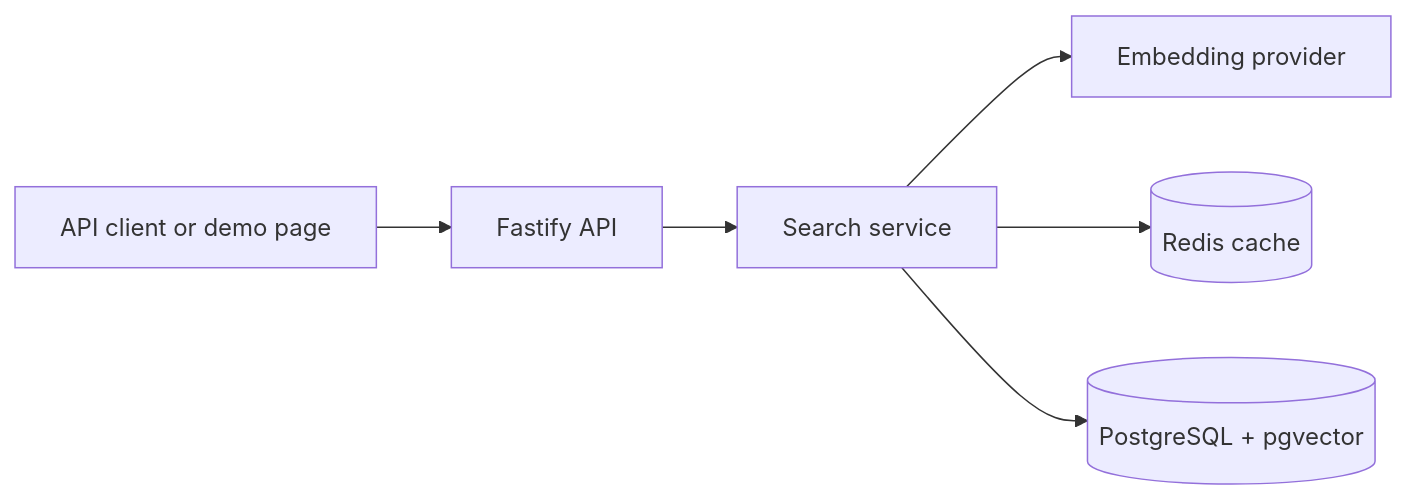
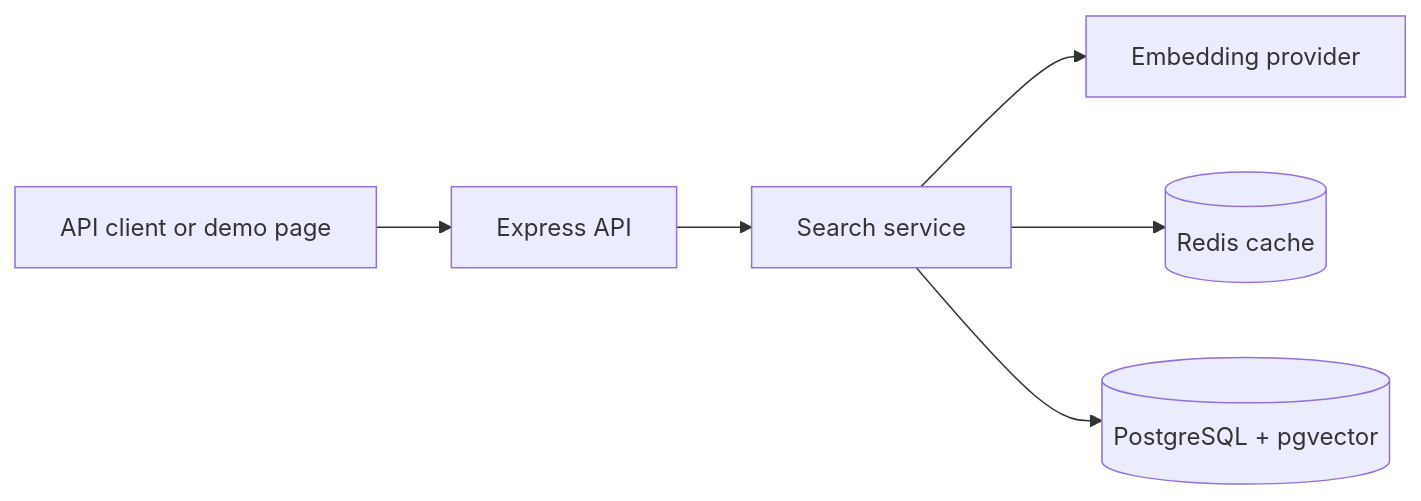
One commit to PietraAC/elevvo-backend-internship changed the diagram in task-09-semantic-search/README.md. Above: the diagram before and after it, drawn with Mermaid. The commit also changed other lines of this file and 58 other files, not shown here.

````diff
--- a/task-09-semantic-search/README.md
+++ b/task-09-semantic-search/README.md
@@ -25,8 +25,8 @@
 ```mermaid
 flowchart LR
-    C[API client or demo page] --> A[Fastify API]
+    C[API client or demo page] --> A[Express API]
     A --> S[Search service]
     S --> E[Embedding provider]
     S --> R[(Redis cache)]
     S --> P[(PostgreSQL + pgvector)]
 ```
````
